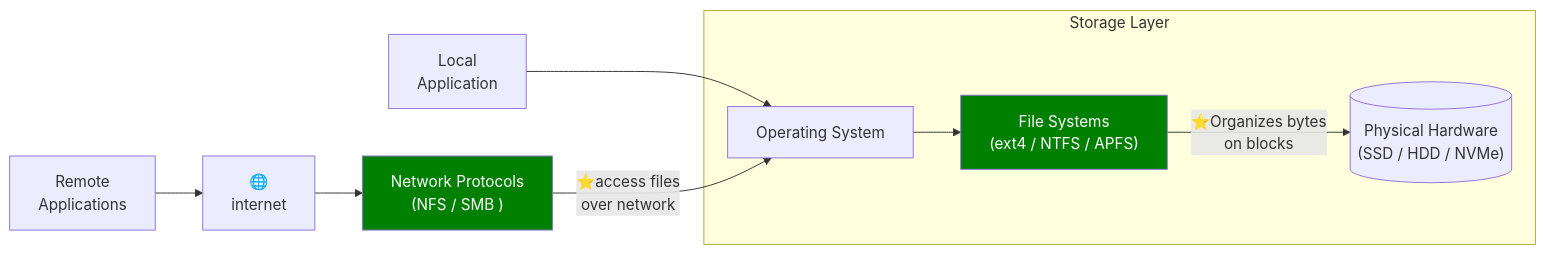
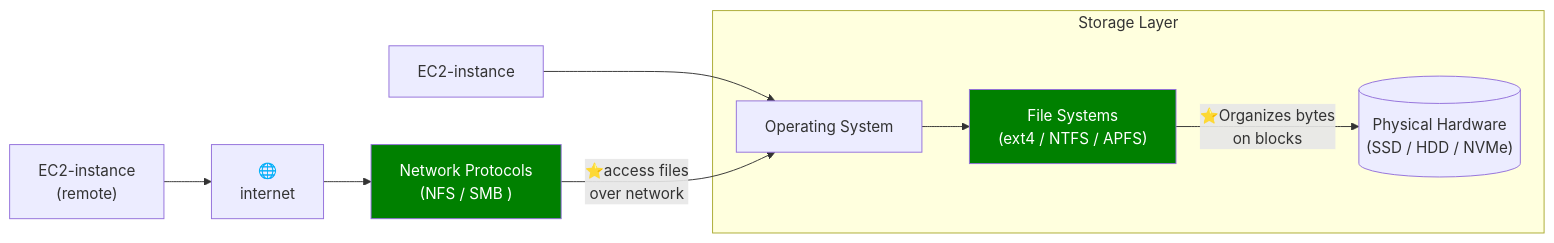
Before and after one commit to lekhrajdinkar/solution-engineer: the diagram in docs/2022-2025/CE_02_AWS_SAA/02_storage/00_storage.md, drawn with Mermaid. The commit also changed other lines of this file and 1 other file, not shown here.

Commit message:
AWS storage 2 EBS

````diff
--- a/docs/2022-2025/CE_02_AWS_SAA/02_storage/00_storage.md
+++ b/docs/2022-2025/CE_02_AWS_SAA/02_storage/00_storage.md
@@ -51,18 +54,18 @@
 ```mermaid
 flowchart LR
-    localApp[Local \nApplication] --> OS[Operating System]
-    remoteApp[Remote \nApplications]
+    localApp[EC2-instance] --> OS[Operating System]
+    remoteApp["EC2-instance \n(remote)"]
     Protocols["Network Protocols\n(NFS / SMB )"]
     
     subgraph Storage_Host ["Storage Layer"]
         OS --> LocalFS["File Systems\n(ext4 / NTFS / APFS)"]
         Hardware[("Physical Hardware\n(SSD / HDD / NVMe)")]
     end
 
     remoteApp --> internet[🌐\ninternet] --> Protocols
     Protocols -->|⭐access files \n over network|OS
     LocalFS -->|⭐Organizes bytes \n on blocks| Hardware
     
     style Protocols fill:green,color:white
     style LocalFS fill:green,color:white
 ```
````
